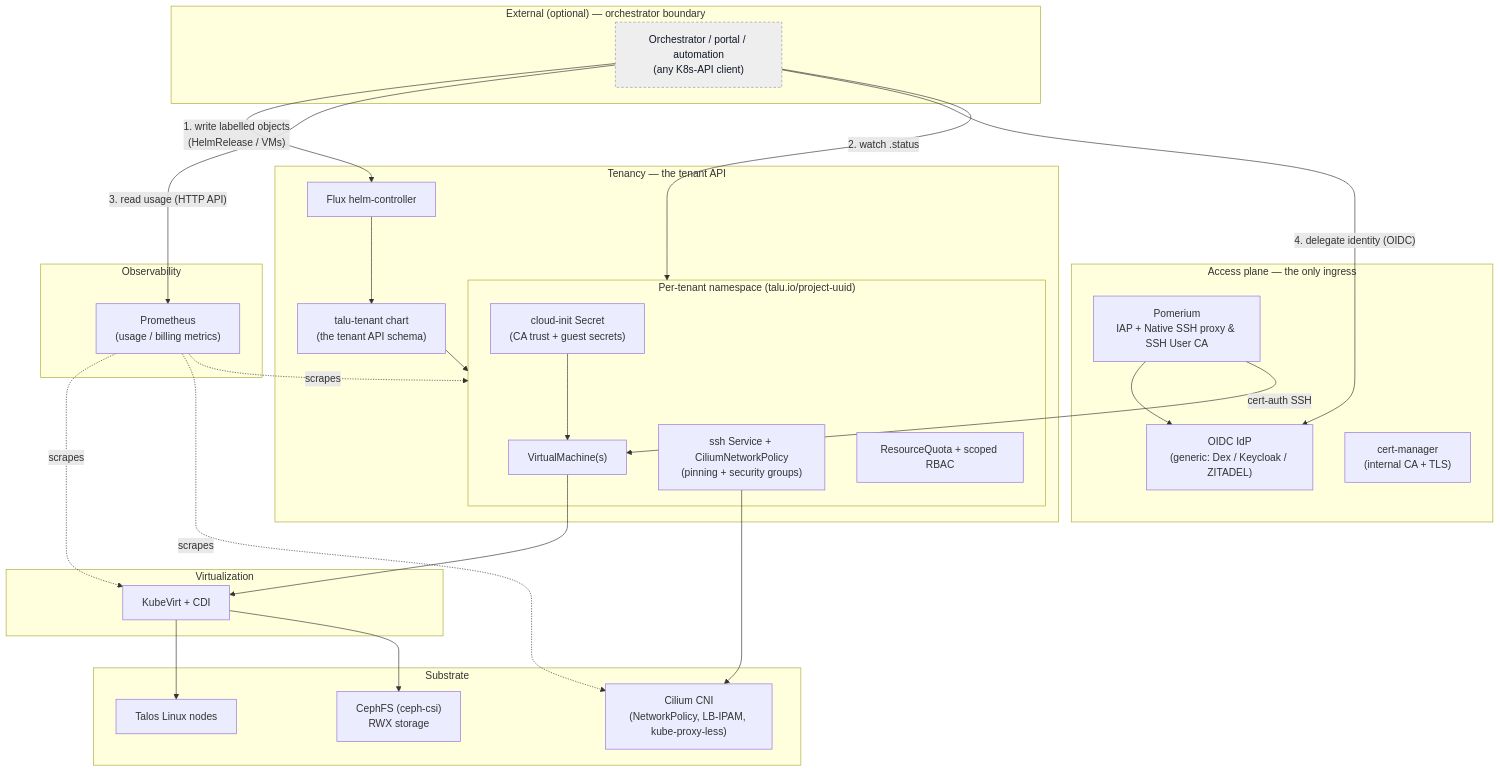
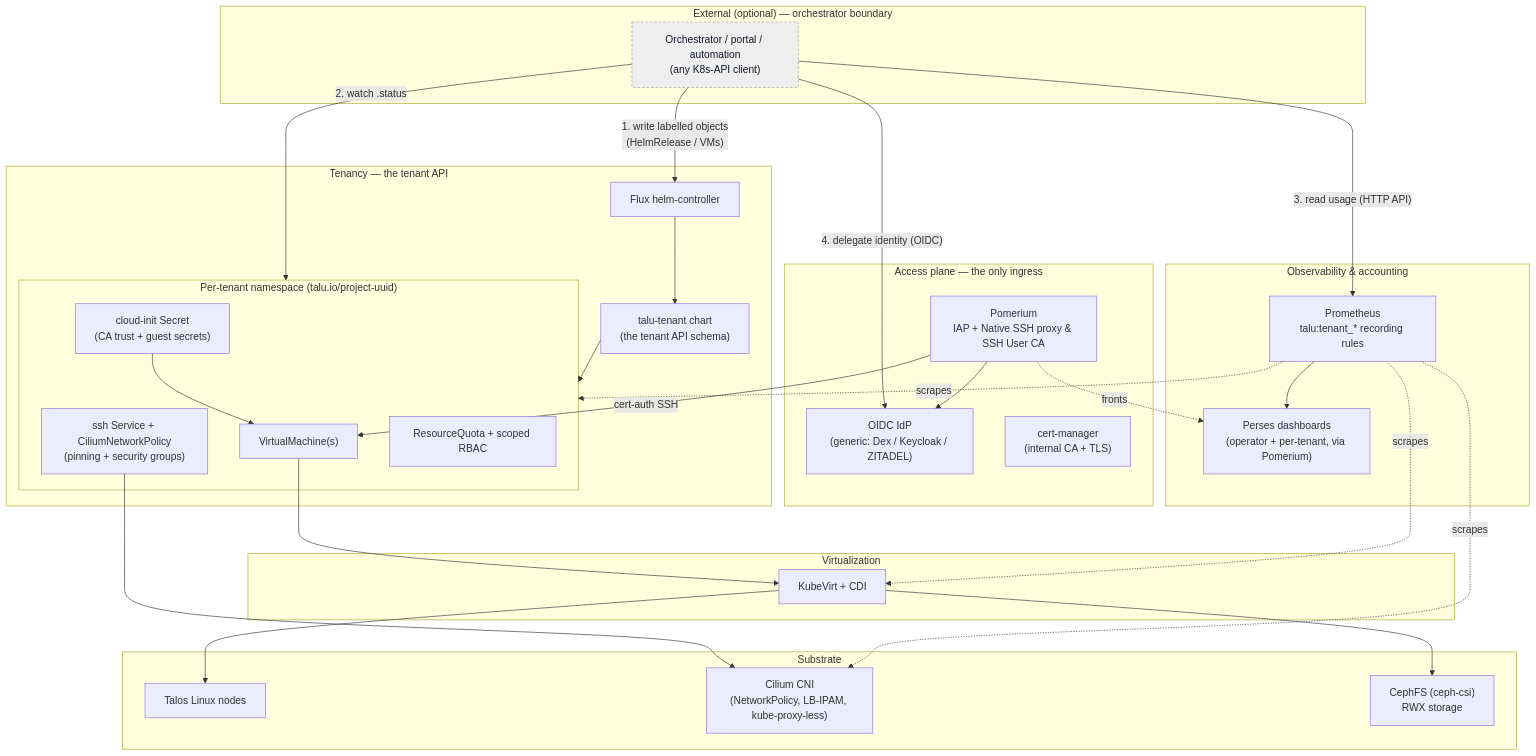
The diagram in docs/architecture/README.md (livenson/talu), drawn with Mermaid before and after one commit. The commit also changed other lines of this file and 6 other files, not shown here.

````diff
--- a/docs/architecture/README.md
+++ b/docs/architecture/README.md
@@ -18,54 +18,57 @@
 ```mermaid
 graph TD
     subgraph EXT["External (optional) — orchestrator boundary"]
         ORCH["Orchestrator / portal / automation<br/>(any K8s-API client)"]
     end
 
     subgraph ACCESS["Access plane — the only ingress"]
         POM["Pomerium<br/>IAP + Native SSH proxy &amp; SSH User CA"]
         IDP["OIDC IdP<br/>(generic: Dex / Keycloak / ZITADEL)"]
         CM["cert-manager<br/>(internal CA + TLS)"]
     end
 
     subgraph TENANCY["Tenancy — the tenant API"]
         FLUX["Flux helm-controller"]
         CHART["talu-tenant chart<br/>(the tenant API schema)"]
         subgraph TNS["Per-tenant namespace (talu.io/project-uuid)"]
             VM["VirtualMachine(s)"]
             SVC["ssh Service + CiliumNetworkPolicy<br/>(pinning + security groups)"]
             QUOTA["ResourceQuota + scoped RBAC"]
             SEC["cloud-init Secret<br/>(CA trust + guest secrets)"]
         end
     end
 
     subgraph VIRT["Virtualization"]
         KV["KubeVirt + CDI"]
     end
 
     subgraph SUBSTRATE["Substrate"]
         TALOS["Talos Linux nodes"]
         CILIUM["Cilium CNI<br/>(NetworkPolicy, LB-IPAM, kube-proxy-less)"]
         CEPH["CephFS (ceph-csi)<br/>RWX storage"]
     end
 
-    subgraph OBS["Observability"]
-        PROM["Prometheus<br/>(usage / billing metrics)"]
+    subgraph OBS["Observability & accounting"]
+        PROM["Prometheus<br/>talu:tenant_* recording rules"]
+        PERSES["Perses dashboards<br/>(operator + per-tenant, via Pomerium)"]
     end
 
     ORCH -->|"1. write labelled objects<br/>(HelmRelease / VMs)"| FLUX
     ORCH -->|"2. watch .status"| TNS
     ORCH -->|"3. read usage (HTTP API)"| PROM
     ORCH -->|"4. delegate identity (OIDC)"| IDP
 
     FLUX --> CHART --> TNS
     POM --> IDP
     POM -->|"cert-auth SSH"| VM
     VM --> KV --> TALOS
     SVC --> CILIUM
     SEC --> VM
     KV --> CEPH
     PROM -.scrapes.-> KV & CILIUM & TNS
+    PROM --> PERSES
+    POM -.fronts.-> PERSES
 
     classDef opt fill:#eeeeee,stroke:#999999,color:#111827,stroke-dasharray:4 3;
     class ORCH opt;
 ```
````
